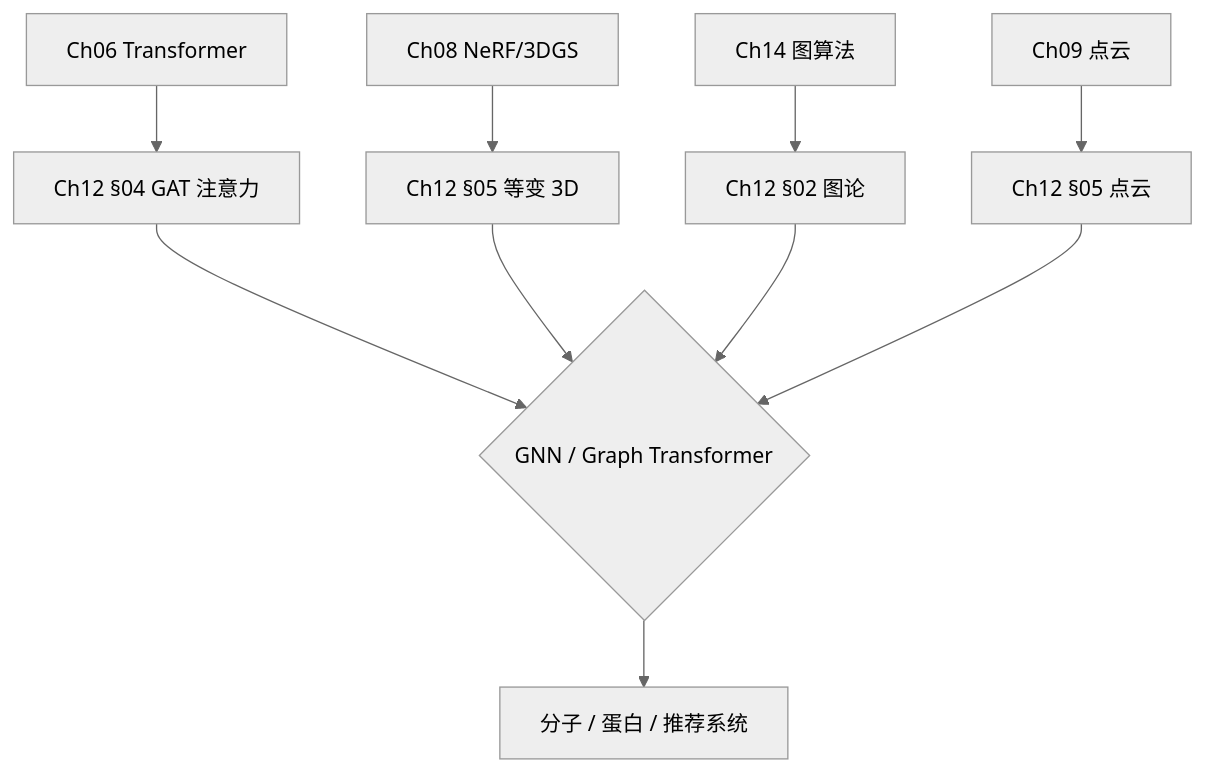
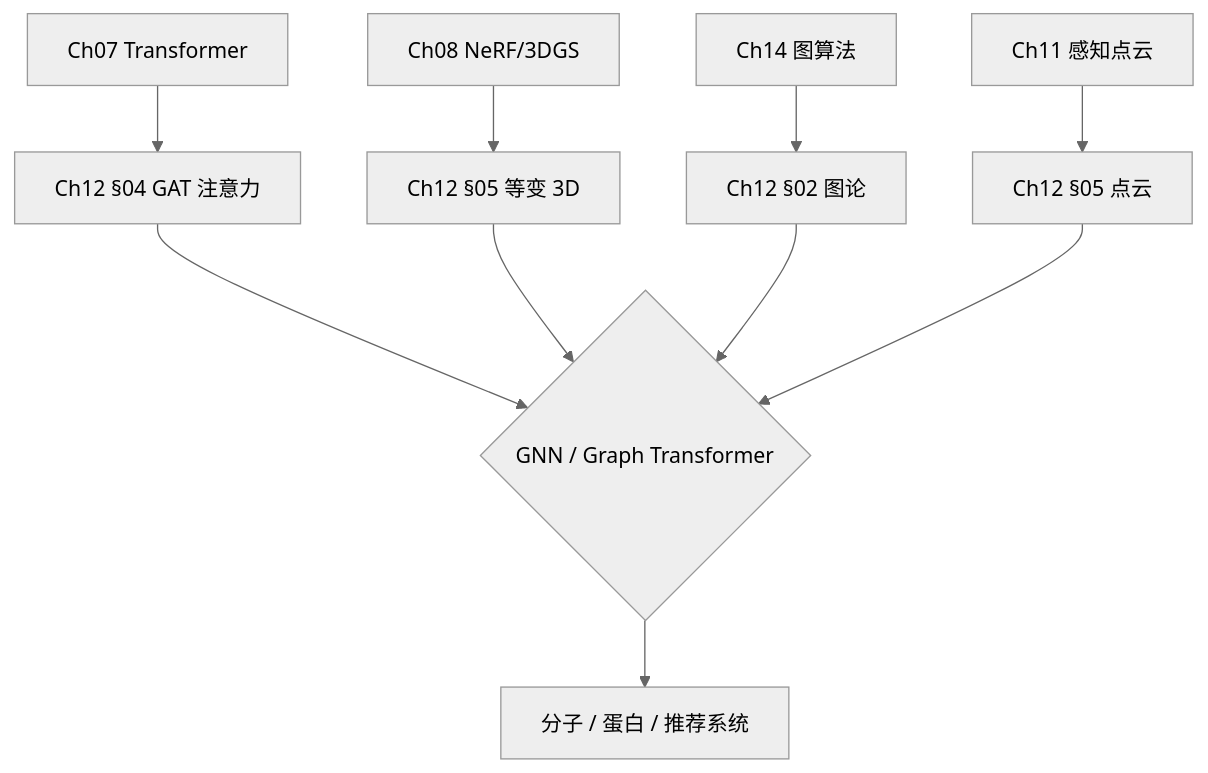
The second of 5 diagrams in zh/教辅/思维导图/第12章.md (godlockin/maths-cs-ai-compendium), drawn with Mermaid (neutral theme) before and after one commit. The commit also changed other lines of this file and 9 other files, not shown here.

````diff
--- a/zh/教辅/思维导图/第12章.md
+++ b/zh/教辅/思维导图/第12章.md
@@ -179,14 +179,14 @@
 ```mermaid
 graph TB
-    C06[Ch06 Transformer] --> T1
+    C07[Ch07 Transformer] --> T1
     C08[Ch08 NeRF/3DGS] --> T2
     C14[Ch14 图算法] --> T3
-    C09[Ch09 点云] --> T4
+    C11[Ch11 感知点云] --> T4
 
     T1[Ch12 §04 GAT 注意力] --> FUSE{GNN / Graph Transformer}
     T2[Ch12 §05 等变 3D] --> FUSE
     T3[Ch12 §02 图论] --> FUSE
     T4[Ch12 §05 点云] --> FUSE
 
     FUSE --> APP[分子 / 蛋白 / 推荐系统]
 ```
````
